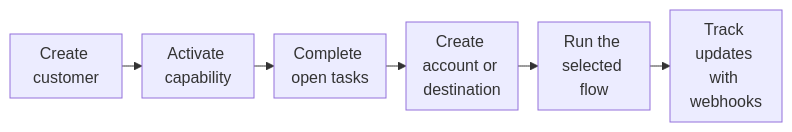
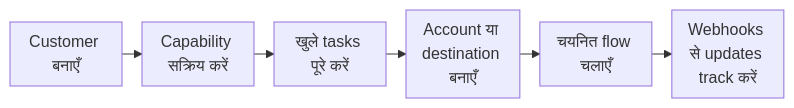
The diagram in hi/integration/overview.mdx (swipelux/public-docs), drawn with Mermaid before and after one commit. The commit also changed 285 other files, not shown here.

````diff
--- a/hi/integration/overview.mdx
+++ b/hi/integration/overview.mdx
@@ -22,9 +22,9 @@
 ```mermaid
 %%{init: {"flowchart": {"rankSpacing": 20, "nodeSpacing": 16, "wrappingWidth": 80, "padding": 8}}}%%
 flowchart LR
-  A["Create customer"] --> B["Activate capability"]
-  B --> C["Complete open tasks"]
-  C --> D["Create account or destination"]
-  D --> E["Run the selected flow"]
-  E --> F["Track updates with webhooks"]
+  A["Customer बनाएँ"] --> B["Capability सक्रिय करें"]
+  B --> C["खुले tasks पूरे करें"]
+  C --> D["Account या destination बनाएँ"]
+  D --> E["चयनित flow चलाएँ"]
+  E --> F["Webhooks से updates track करें"]
 ```
````
